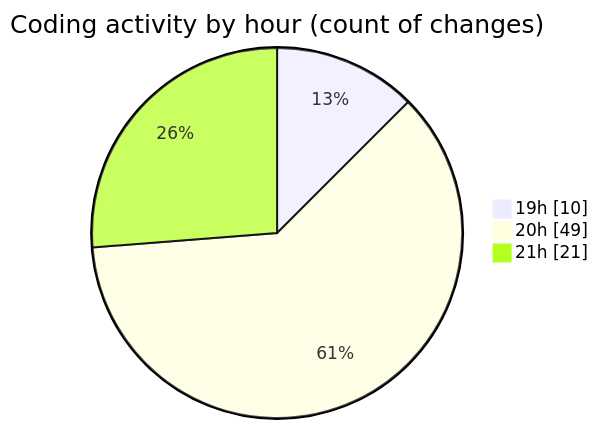
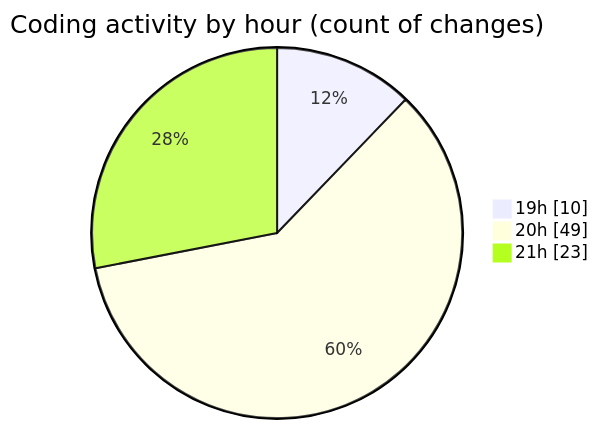
One commit to charlie-sans/code-tracking changed the second of 2 diagrams in 2025-01-28/trollerboard/README.md. Above: the diagram before and after it, drawn with Mermaid. The commit also changed other lines of this file and 1 other file, not shown here.

````diff
--- a/2025-01-28/trollerboard/README.md
+++ b/2025-01-28/trollerboard/README.md
@@ -42,7 +42,7 @@
 ```mermaid
 pie showData
 title Coding activity by hour (count of changes)
 "19h" : 10
 "20h" : 49
-"21h" : 21
+"21h" : 23
 ```
````
